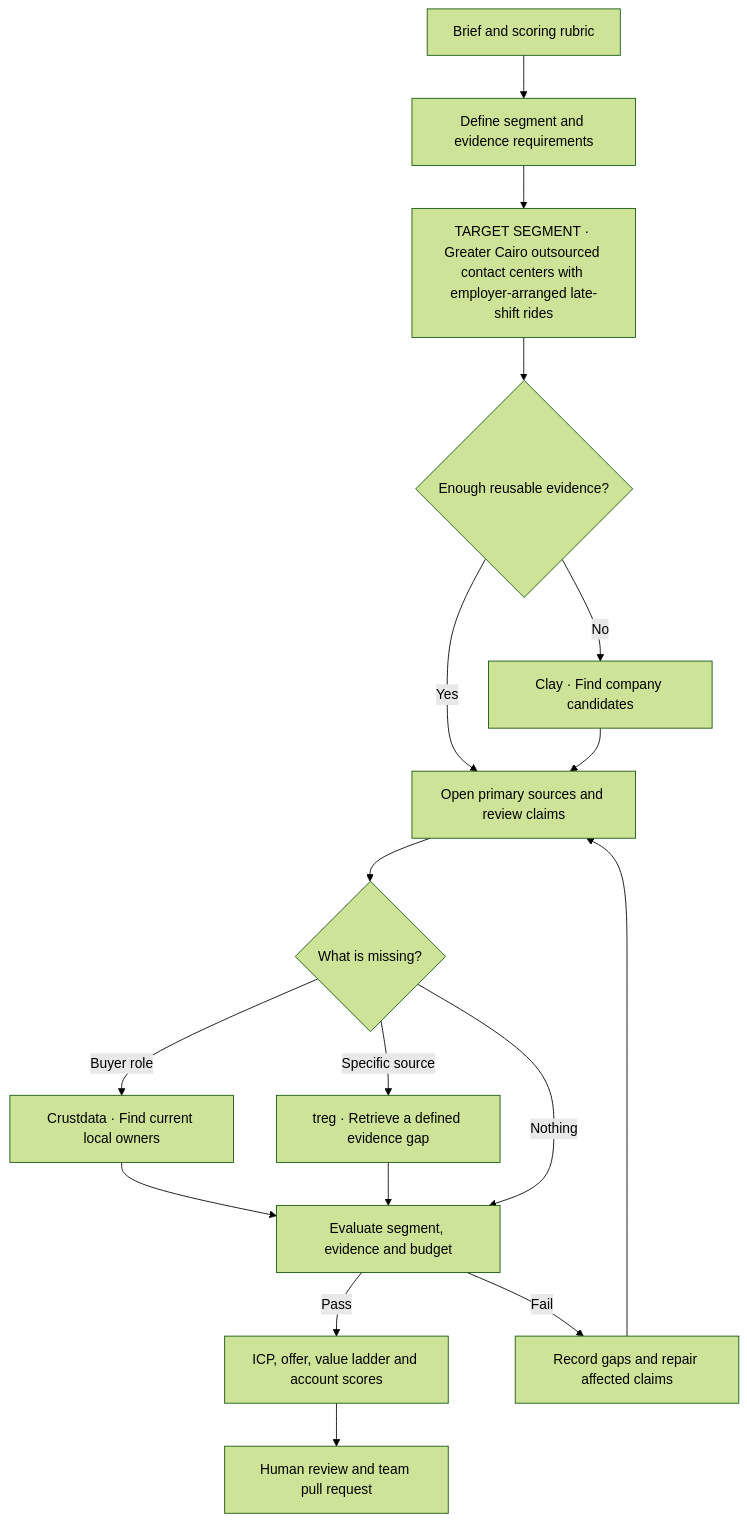
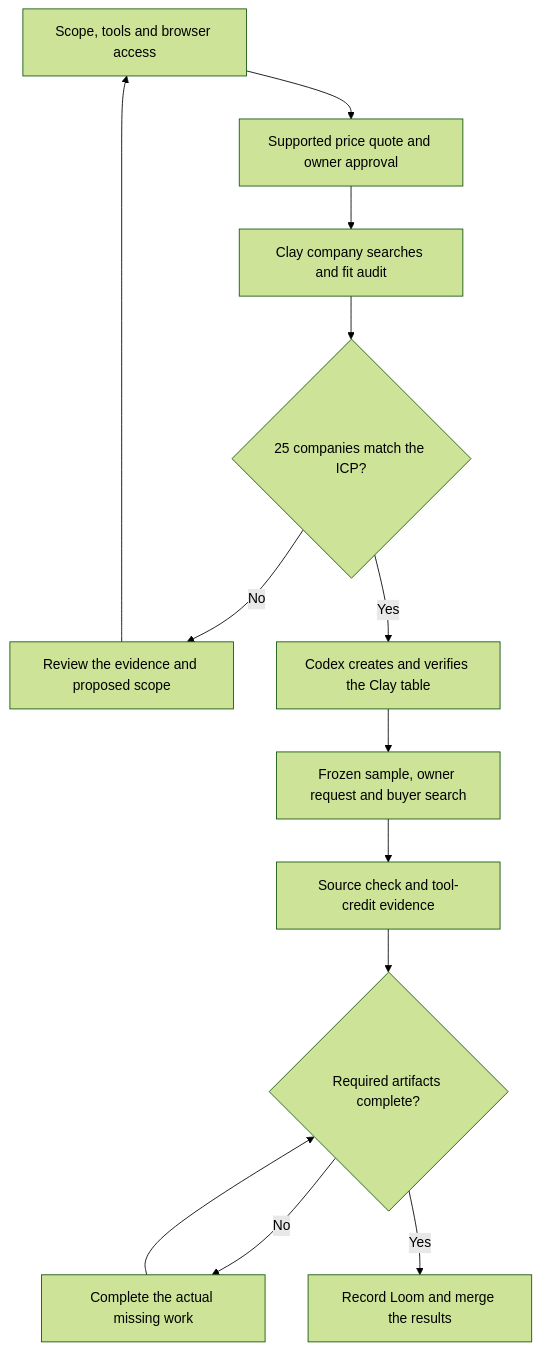
The diagram in README.md (AYassin01/swvl-gtm-research-playbook), drawn with Mermaid (forest theme) before and after one commit. The commit also changed other lines of this file and 73 other files, not shown here.

Commit message:
Build Codex and Clay research lab with approval, evidence and Loom workflow

````diff
--- a/README.md
+++ b/README.md
@@ -29,19 +47,15 @@
 ```mermaid
 flowchart TD
-    brief["Brief and scoring rubric"] --> scope["Define segment and evidence requirements"]
-    scope --> segment["TARGET SEGMENT · Greater Cairo outsourced contact centers with employer-arranged late-shift rides"]
-    segment --> cache{"Enough reusable evidence?"}
-    cache -->|Yes| verify["Open primary sources and review claims"]
-    cache -->|No| clay["Clay · Find company candidates"]
-    clay --> verify
-    verify --> gap{"What is missing?"}
-    gap -->|Buyer role| crust["Crustdata · Find current local owners"]
-    gap -->|Specific source| treg["treg · Retrieve a defined evidence gap"]
-    crust --> gate["Evaluate segment, evidence and budget"]
-    treg --> gate
-    gap -->|Nothing| gate
-    gate -->|Pass| output["ICP, offer, value ladder and account scores"]
-    gate -->|Fail| repair["Record gaps and repair affected claims"]
-    repair --> verify
-    output --> review["Human review and team pull request"]
+    setup["Scope, tools and browser access"] --> quote["Supported price quote and owner approval"]
+    quote --> map["Clay company searches and fit audit"]
+    map --> fit{"25 companies match the ICP?"}
+    fit -->|No| scope["Review the evidence and proposed scope"]
+    scope --> setup
+    fit -->|Yes| table["Codex creates and verifies the Clay table"]
+    table --> buyers["Frozen sample, owner request and buyer search"]
+    buyers --> evidence["Source check and tool-credit evidence"]
+    evidence --> complete{"Required artifacts complete?"}
+    complete -->|No| finish["Complete the actual missing work"]
+    finish --> complete
+    complete -->|Yes| loom["Record Loom and merge the results"]
 ```
````
